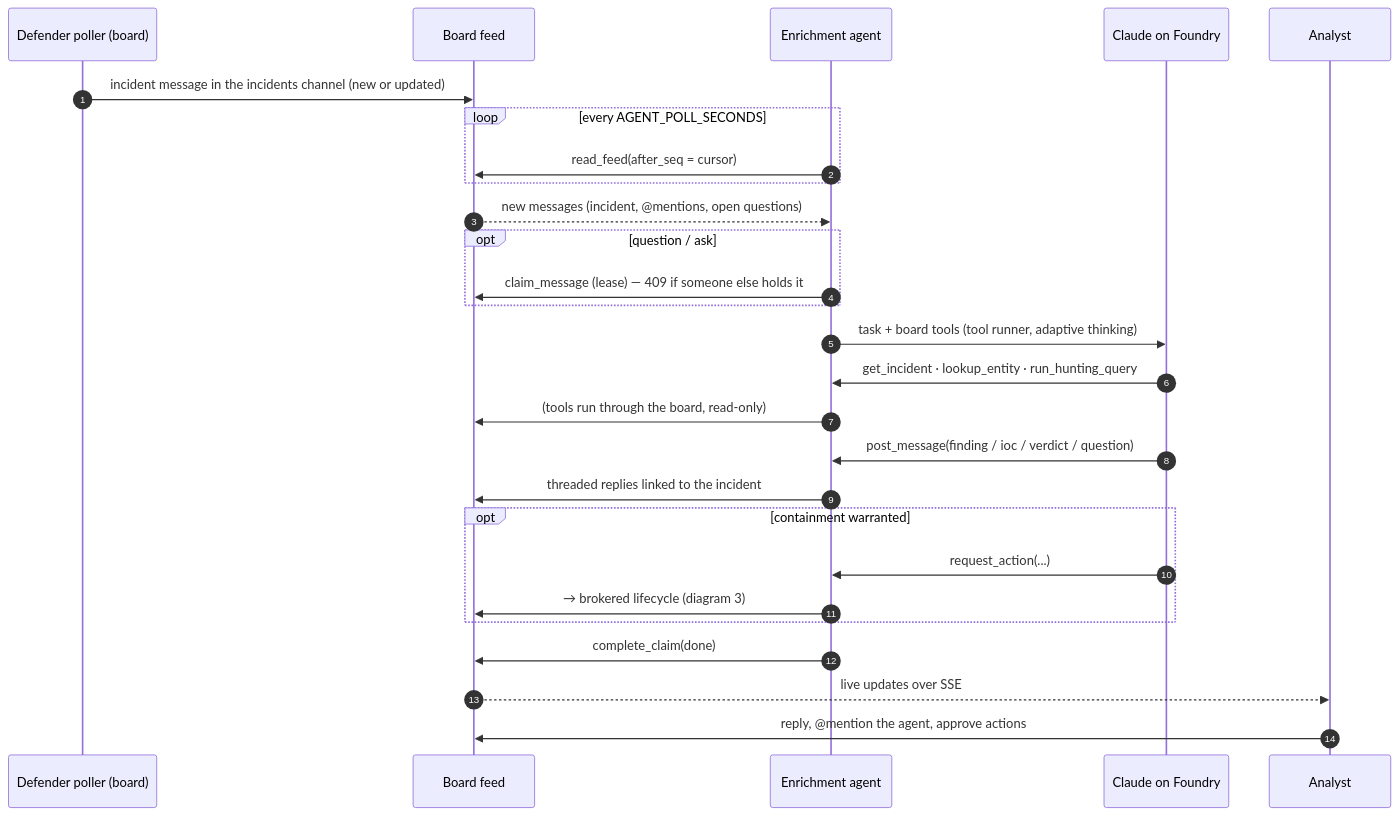
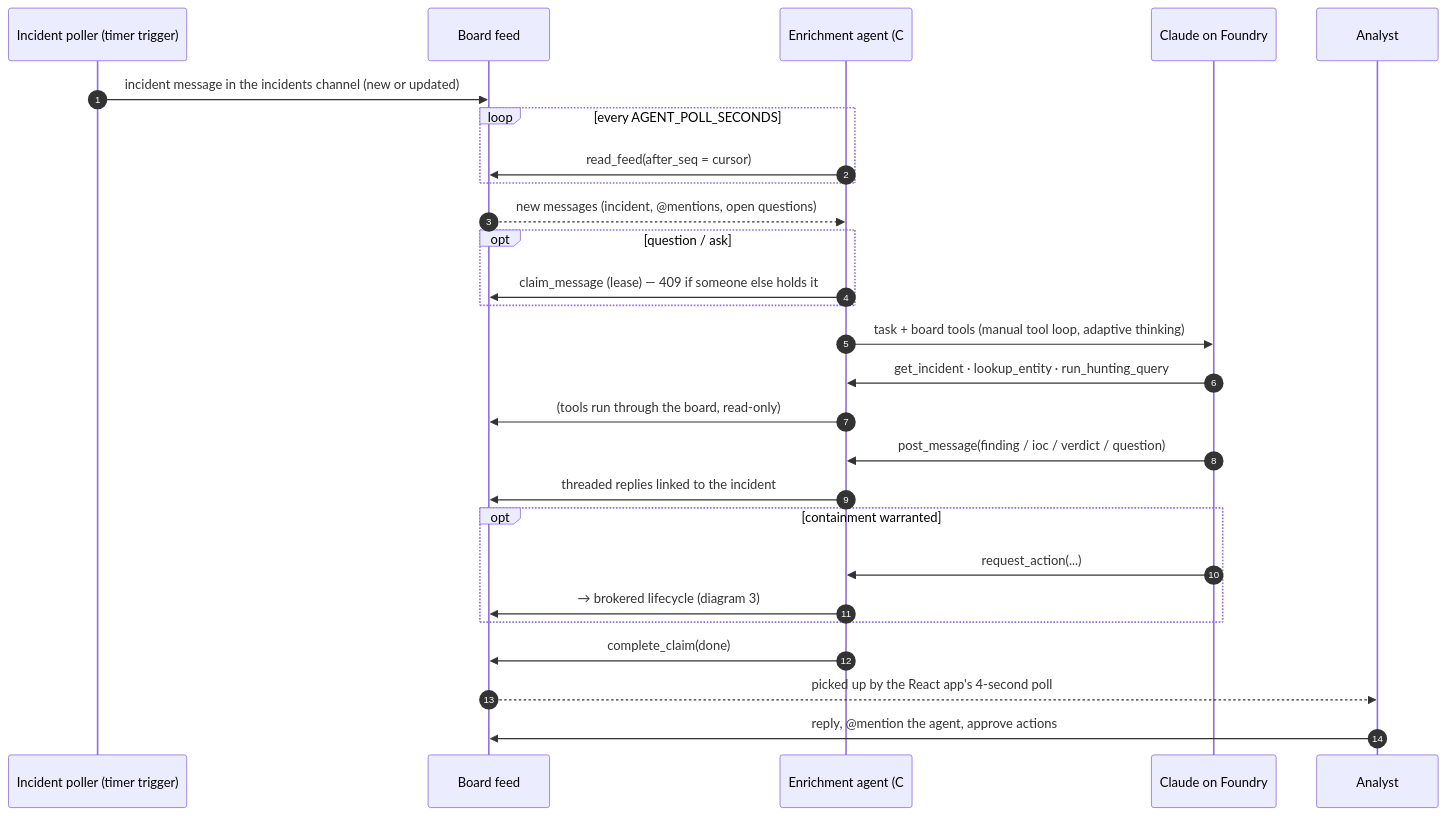
One commit to jusso-dev/blueboard changed the fourth of 5 diagrams in docs/architecture.md. Above: the diagram before and after it, drawn with Mermaid. The commit also changed other lines of this file and 163 other files, not shown here.

````diff
--- a/docs/architecture.md
+++ b/docs/architecture.md
@@ -117,30 +164,30 @@
 ```mermaid
 sequenceDiagram
   autonumber
-  participant Poll as Defender poller (board)
+  participant Poll as Incident poller (timer trigger)
   participant Feed as Board feed
-  participant Ag as Enrichment agent
+  participant Ag as Enrichment agent (C#)
   participant C as Claude on Foundry
   participant An as Analyst
 
   Poll->>Feed: incident message in the incidents channel (new or updated)
   loop every AGENT_POLL_SECONDS
     Ag->>Feed: read_feed(after_seq = cursor)
   end
   Feed-->>Ag: new messages (incident, @mentions, open questions)
   opt question / ask
     Ag->>Feed: claim_message (lease) — 409 if someone else holds it
   end
-  Ag->>C: task + board tools (tool runner, adaptive thinking)
+  Ag->>C: task + board tools (manual tool loop, adaptive thinking)
   C->>Ag: get_incident · lookup_entity · run_hunting_query
   Ag->>Feed: (tools run through the board, read-only)
   C->>Ag: post_message(finding / ioc / verdict / question)
   Ag->>Feed: threaded replies linked to the incident
   opt containment warranted
     C->>Ag: request_action(...)
     Ag->>Feed: → brokered lifecycle (diagram 3)
   end
   Ag->>Feed: complete_claim(done)
-  Feed-->>An: live updates over SSE
+  Feed-->>An: picked up by the React app's 4-second poll
   An->>Feed: reply, @mention the agent, approve actions
 ```
````
